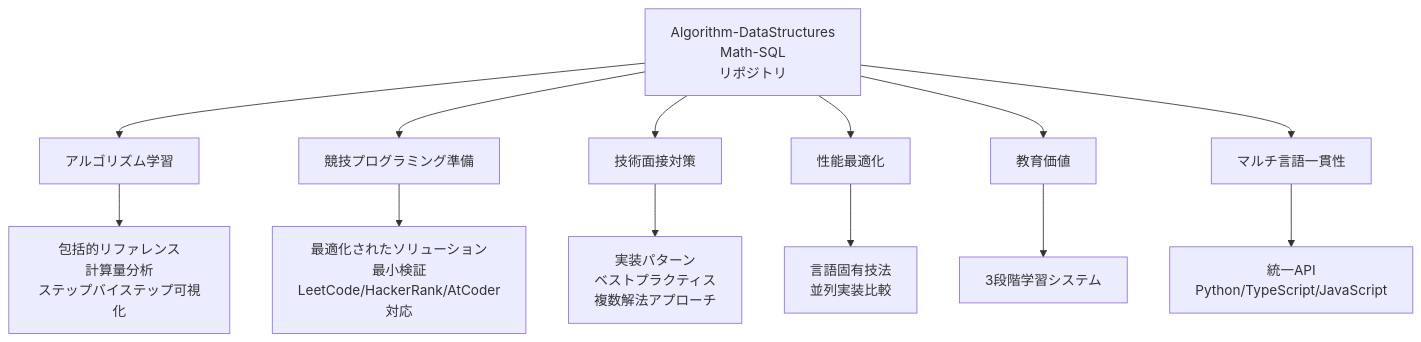
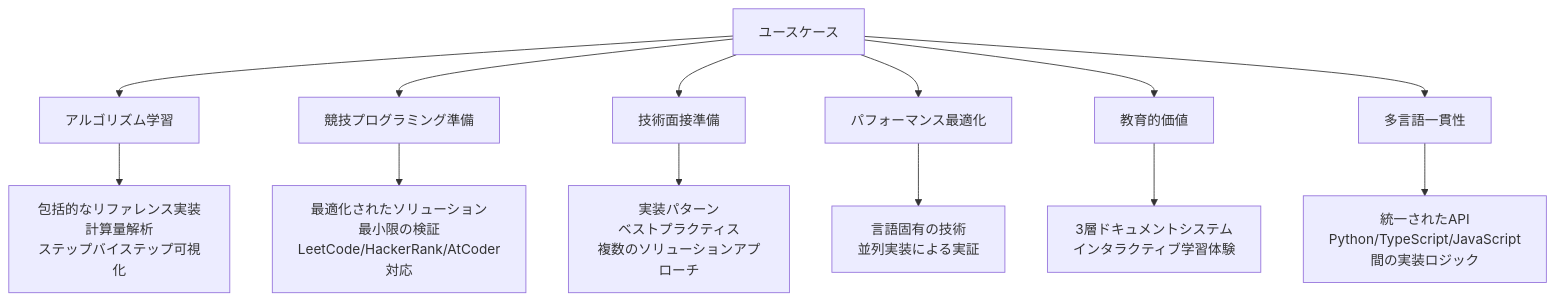
The eighth of 9 diagrams in README.md (myoshi2891/Algorithm-DataStructures-Math-SQL), drawn with Mermaid before and after one commit. The commit also changed other lines of this file, not shown here.

````diff
--- a/README.md
+++ b/README.md
@@ -387,32 +339,25 @@
 ```mermaid
-flowchart TD
-  Repository["Algorithm-DataStructures<br/>Math-SQL<br/>リポジトリ"]
-
-  UseCase1["アルゴリズム学習"]
-  UseCase2["競技プログラミング準備"]
-  UseCase3["技術面接対策"]
-  UseCase4["性能最適化"]
-  UseCase5["教育価値"]
-  UseCase6["マルチ言語一貫性"]
-
-  Features1["包括的リファレンス<br/>計算量分析<br/>ステップバイステップ可視化"]
-  Features2["最適化されたソリューション<br/>最小検証<br/>LeetCode/HackerRank/AtCoder対応"]
-  Features3["実装パターン<br/>ベストプラクティス<br/>複数解法アプローチ"]
-  Features4["言語固有技法<br/>並列実装比較"]
-  Features5["3段階学習システム"]
-  Features6["統一API<br/>Python/TypeScript/JavaScript"]
-
-  Repository --> UseCase1
-  Repository --> UseCase2
-  Repository --> UseCase3
-  Repository --> UseCase4
-  Repository --> UseCase5
-  Repository --> UseCase6
-
-  UseCase1 --> Features1
-  UseCase2 --> Features2
-  UseCase3 --> Features3
-  UseCase4 --> Features4
-  UseCase5 --> Features5
-  UseCase6 --> Features6
+graph TB
+    UseCases[ユースケース]
+    
+    Learning[アルゴリズム学習]
+    Competitive[競技プログラミング準備]
+    Interview[技術面接準備]
+    Optimization[パフォーマンス最適化]
+    Education[教育的価値]
+    MultiLang[多言語一貫性]
+    
+    UseCases --> Learning
+    UseCases --> Competitive
+    UseCases --> Interview
+    UseCases --> Optimization
+    UseCases --> Education
+    UseCases --> MultiLang
+    
+    Learning --> Comprehensive[包括的なリファレンス実装<br/>計算量解析<br/>ステップバイステップ可視化]
+    Competitive --> Optimized[最適化されたソリューション<br/>最小限の検証<br/>LeetCode/HackerRank/AtCoder対応]
+    Interview --> Patterns[実装パターン<br/>ベストプラクティス<br/>複数のソリューションアプローチ]
+    Optimization --> Techniques[言語固有の技術<br/>並列実装による実証]
+    Education --> Interactive[3層ドキュメントシステム<br/>インタラクティブ学習体験]
+    MultiLang --> Unified[統一されたAPI<br/>Python/TypeScript/JavaScript間の実装ロジック]
 ```
````
